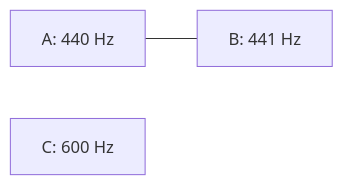
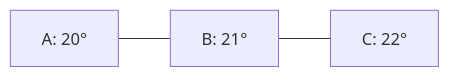
One commit to PaulTiffany/calculi changed the diagram in lessons/06-distinction-graphs.md. Above: the diagram before and after it, drawn with Mermaid. The commit also changed other lines of this file and 23 other files, not shown here.

````diff
--- a/lessons/06-distinction-graphs.md
+++ b/lessons/06-distinction-graphs.md
@@ -129,5 +22,5 @@
 ```mermaid
 graph LR
-    A["A: 440 Hz"] --- B["B: 441 Hz"]
-    C["C: 600 Hz"]
+    A["A: 20°"] --- B["B: 21°"]
+    B --- C["C: 22°"]
 ```
````
